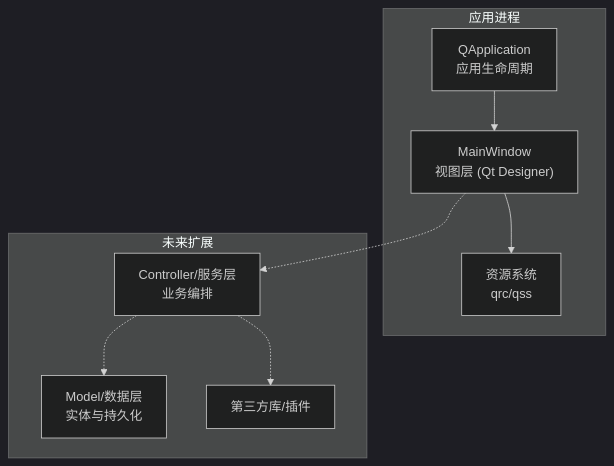
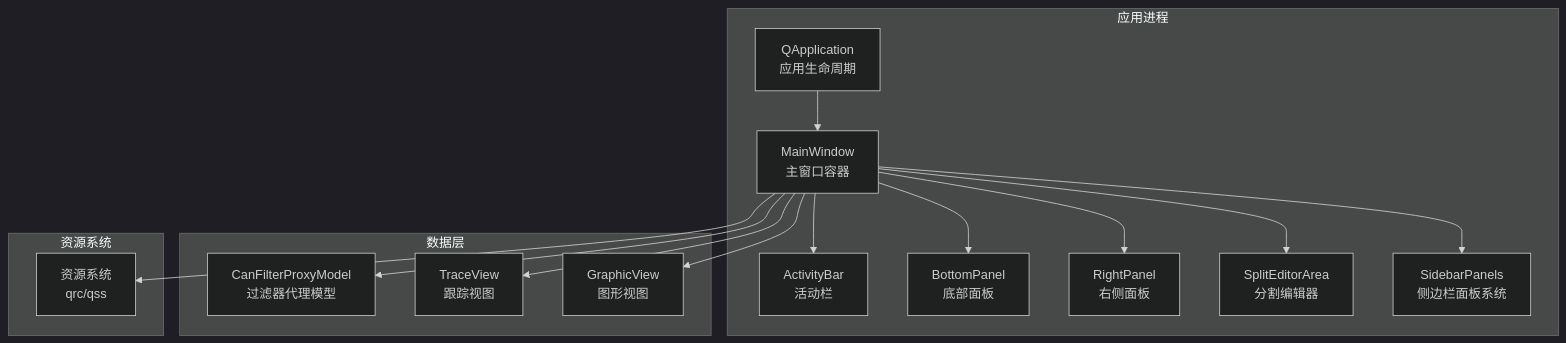
Before and after one commit to jakecai1225-design/OpenBus: the second of 9 diagrams in .qoder/repowiki/zh/content/架构设计/架构设计.md, drawn with Mermaid (dark theme). The commit also changed other lines of this file and 44 other files, not shown here.

````diff
--- a/.qoder/repowiki/zh/content/架构设计/架构设计.md
+++ b/.qoder/repowiki/zh/content/架构设计/架构设计.md
@@ -85,18 +120,30 @@
 ```mermaid
 graph TB
 subgraph "应用进程"
 App["QApplication<br/>应用生命周期"]
-Win["MainWindow<br/>视图层 (Qt Designer)"]
+Win["MainWindow<br/>主窗口容器"]
+ActBar["ActivityBar<br/>活动栏"]
+BotPanel["BottomPanel<br/>底部面板"]
+RightPanel["RightPanel<br/>右侧面板"]
+SplitArea["SplitEditorArea<br/>分割编辑器"]
+SidePanels["SidebarPanels<br/>侧边栏面板系统"]
+end
+subgraph "数据层"
+FilterModel["CanFilterProxyModel<br/>过滤器代理模型"]
+TraceView["TraceView<br/>跟踪视图"]
+GraphicView["GraphicView<br/>图形视图"]
+end
+subgraph "资源系统"
 Res["资源系统<br/>qrc/qss"]
 end
-subgraph "未来扩展"
-Ctrl["Controller/服务层<br/>业务编排"]
-Mod["Model/数据层<br/>实体与持久化"]
-Ext["第三方库/插件"]
-end
 App --> Win
+Win --> ActBar
+Win --> BotPanel
+Win --> RightPanel
+Win --> SplitArea
+Win --> SidePanels
+Win --> FilterModel
+Win --> TraceView
+Win --> GraphicView
 Win --> Res
-Win -.-> Ctrl
-Ctrl -.-> Mod
-Ctrl -.-> Ext
 ```
````
